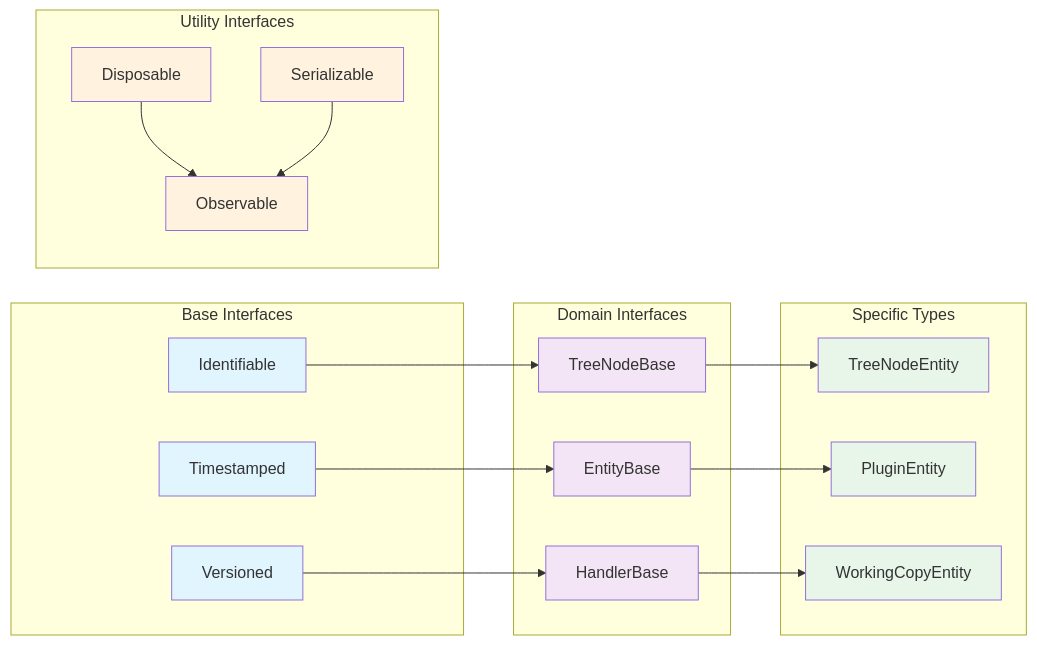
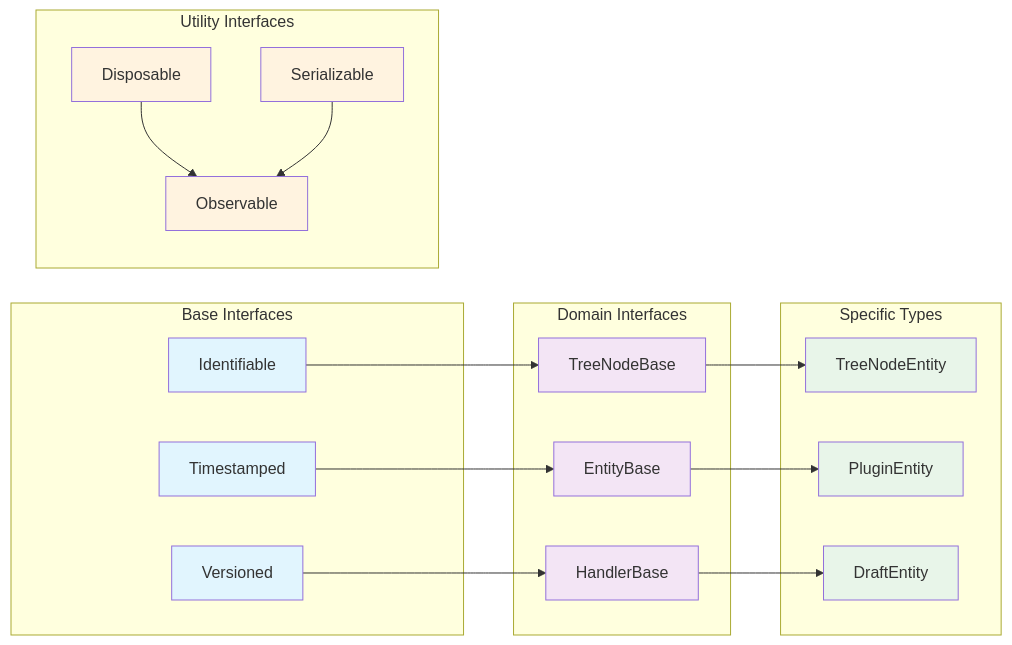
The second of 7 diagrams in docs/DEVELOPER_REPORT_COMPREHENSIVE/06_COMMON_LIBRARIES.md (kubohiroya/hierarchidb), drawn with Mermaid before and after one commit. The commit also changed other lines of this file and 796 other files, not shown here.

````diff
--- a/docs/DEVELOPER_REPORT_COMPREHENSIVE/06_COMMON_LIBRARIES.md
+++ b/docs/DEVELOPER_REPORT_COMPREHENSIVE/06_COMMON_LIBRARIES.md
@@ -95,47 +95,47 @@
 ```mermaid
 graph LR
     subgraph "Base Interfaces"
         Identifiable["Identifiable<TId>"]
         Timestamped["Timestamped"]
         Versioned["Versioned"]
     end
     
     subgraph "Domain Interfaces"
         TreeNodeBase["TreeNodeBase"]
         EntityBase["EntityBase<TEntity>"]
         HandlerBase["HandlerBase<TEntity>"]
     end
     
     subgraph "Utility Interfaces"
         Disposable["Disposable"]
         Serializable["Serializable<T>"]
         Observable["Observable<T>"]
     end
     
     subgraph "Specific Types"
         TreeNodeEntity["TreeNodeEntity"]
         PluginEntity["PluginEntity"]
-        WorkingCopyEntity["WorkingCopyEntity"]
+        DraftEntity["DraftEntity"]
     end
     
     Identifiable --> TreeNodeBase
     Timestamped --> EntityBase
     Versioned --> HandlerBase
     
     TreeNodeBase --> TreeNodeEntity
     EntityBase --> PluginEntity
-    HandlerBase --> WorkingCopyEntity
+    HandlerBase --> DraftEntity
     
     Disposable --> Observable
     Serializable --> Observable
     
     classDef base fill:#e1f5fe
     classDef domain fill:#f3e5f5
     classDef utility fill:#fff3e0
     classDef specific fill:#e8f5e9
     
     class Identifiable,Timestamped,Versioned base
     class TreeNodeBase,EntityBase,HandlerBase domain
     class Disposable,Serializable,Observable utility
-    class TreeNodeEntity,PluginEntity,WorkingCopyEntity specific
+    class TreeNodeEntity,PluginEntity,DraftEntity specific
 ```
````
